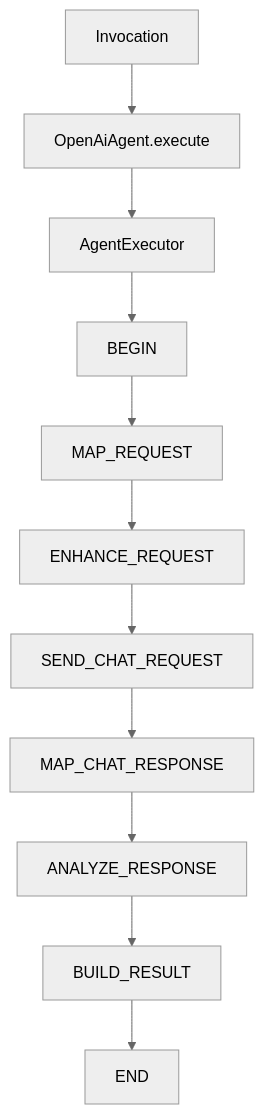
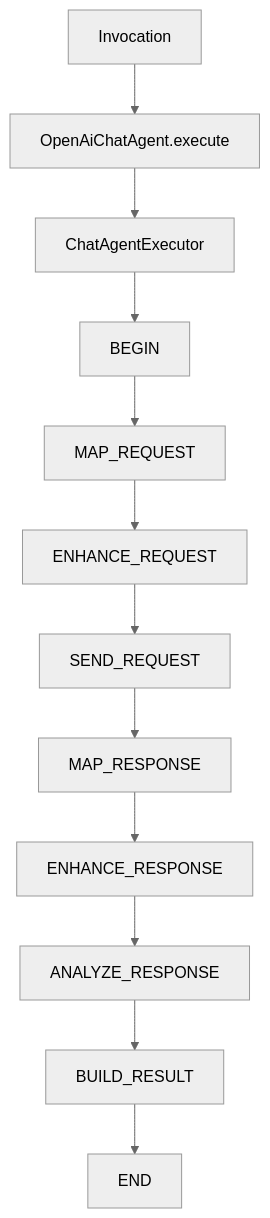
One commit to Halcyonsong/liteagent-template changed the second of 5 diagrams in docs/openai-compatible-chat.md. Above: the diagram before and after it, drawn with Mermaid (neutral theme). The commit also changed other lines of this file and 40 other files, not shown here.

````diff
--- a/docs/openai-compatible-chat.md
+++ b/docs/openai-compatible-chat.md
@@ -29,13 +29,14 @@
 ```mermaid
 flowchart TD
-    B1[Invocation] --> B2[OpenAiAgent.execute]
-    B2 --> B3[AgentExecutor]
+    B1[Invocation] --> B2[OpenAiChatAgent.execute]
+    B2 --> B3[ChatAgentExecutor]
     B3 --> B4[BEGIN]
     B4 --> B5[MAP_REQUEST]
     B5 --> B6[ENHANCE_REQUEST]
-    B6 --> B7[SEND_CHAT_REQUEST]
-    B7 --> B8[MAP_CHAT_RESPONSE]
-    B8 --> B9[ANALYZE_RESPONSE]
-    B9 --> B10[BUILD_RESULT]
-    B10 --> B11[END]
+    B6 --> B7[SEND_REQUEST]
+    B7 --> B8[MAP_RESPONSE]
+    B8 --> B9[ENHANCE_RESPONSE]
+    B9 --> B10[ANALYZE_RESPONSE]
+    B10 --> B11[BUILD_RESULT]
+    B11 --> B12[END]
 ```
````
